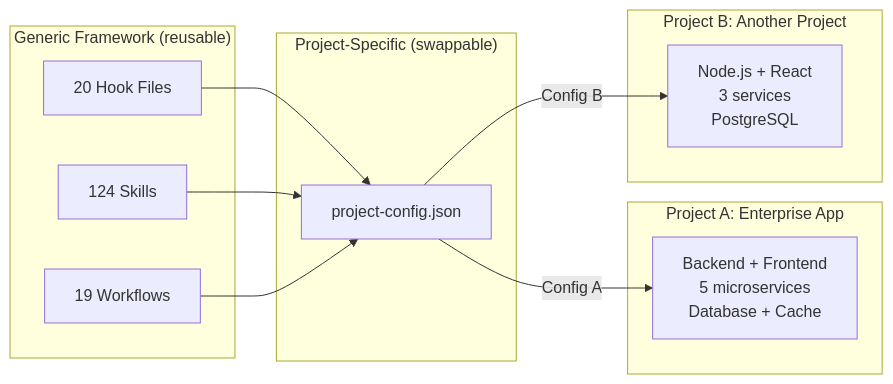
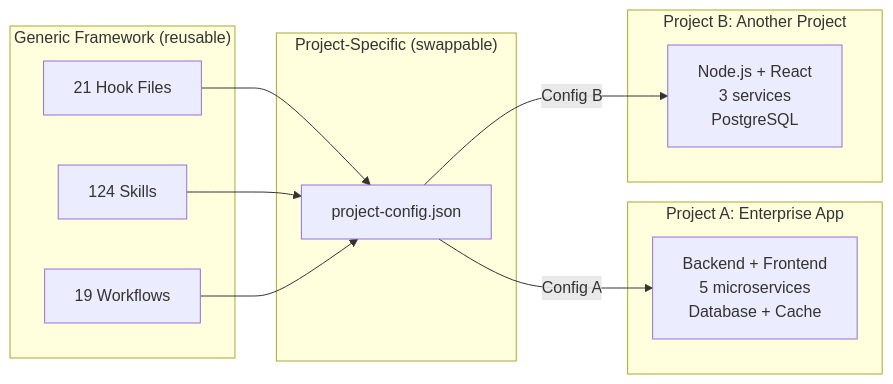
One commit to duc01226/easy-claude changed the eighth of 20 diagrams in .claude/docs/claude-ai-agent-framework-guide.md. Above: the diagram before and after it, drawn with Mermaid. The commit also changed other lines of this file and 31 other files, not shown here.

````diff
--- a/.claude/docs/claude-ai-agent-framework-guide.md
+++ b/.claude/docs/claude-ai-agent-framework-guide.md
@@ -888,24 +888,24 @@
 ```mermaid
 graph LR
     subgraph "Generic Framework (reusable)"
-        H[20 Hook Files]
+        H[21 Hook Files]
         S[124 Skills]
         W[19 Workflows]
     end
 
     subgraph "Project-Specific (swappable)"
         PC[project-config.json]
     end
 
     subgraph "Project A: Enterprise App"
         PA[Backend + Frontend<br/>5 microservices<br/>Database + Cache]
     end
 
     subgraph "Project B: Another Project"
         PB[Node.js + React<br/>3 services<br/>PostgreSQL]
     end
 
     H & S & W --> PC
     PC -->|Config A| PA
     PC -->|Config B| PB
 ```
````
